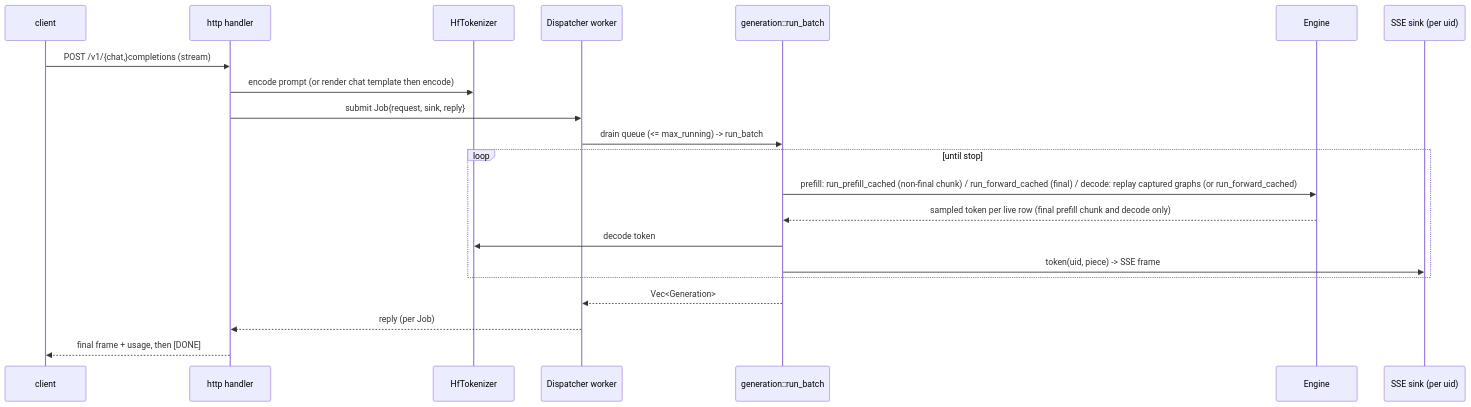
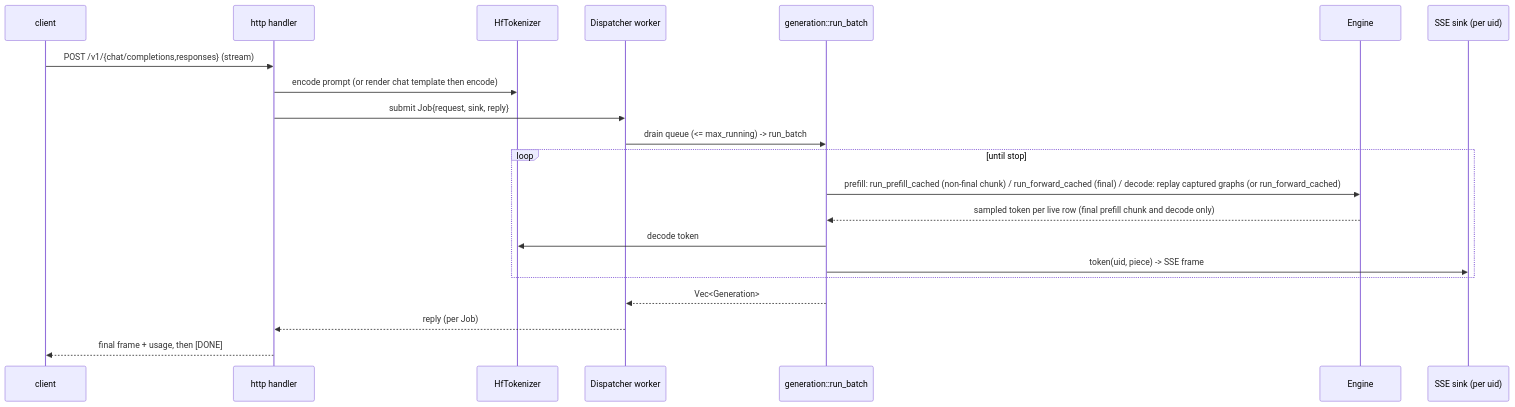
Before and after one commit to butzist/ferrum-torrens: diagram 15 of 17 in ARCHITECTURE.md, drawn with Mermaid. The commit also changed other lines of this file and 3 other files, not shown here.

````diff
--- a/ARCHITECTURE.md
+++ b/ARCHITECTURE.md
@@ -645,23 +658,23 @@
 ```mermaid
 sequenceDiagram
   participant C as client
   participant H as http handler
   participant T as HfTokenizer
   participant D as Dispatcher worker
   participant G as generation::run_batch
   participant E as Engine
   participant Sink as SSE sink (per uid)
-  C->>H: POST /v1/{chat,}completions (stream)
+  C->>H: POST /v1/{chat/completions,responses} (stream)
   H->>T: encode prompt (or render chat template then encode)
   H->>D: submit Job{request, sink, reply}
   D->>G: drain queue (<= max_running) -> run_batch
   loop until stop
     G->>E: prefill: run_prefill_cached (non-final chunk) / run_forward_cached (final) / decode: replay captured graphs (or run_forward_cached)
     E-->>G: sampled token per live row (final prefill chunk and decode only)
     G->>T: decode token
     G->>Sink: token(uid, piece) -> SSE frame
   end
   G-->>D: Vec<Generation>
   D-->>H: reply (per Job)
   H-->>C: final frame + usage, then [DONE]
 ```
````
